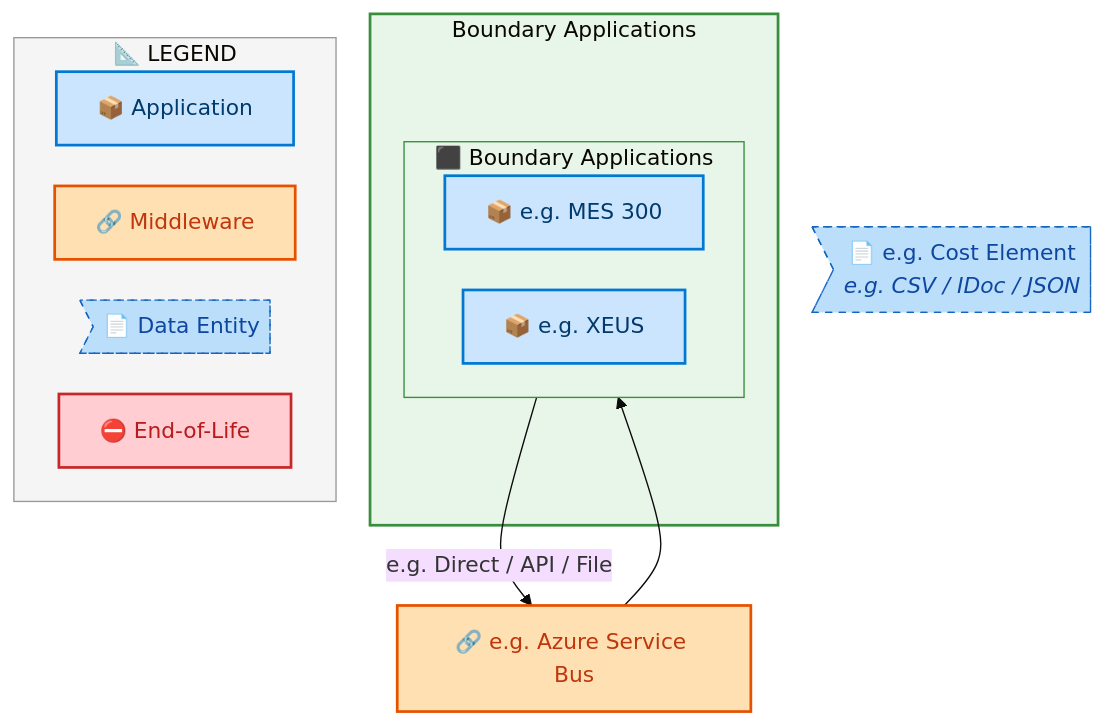
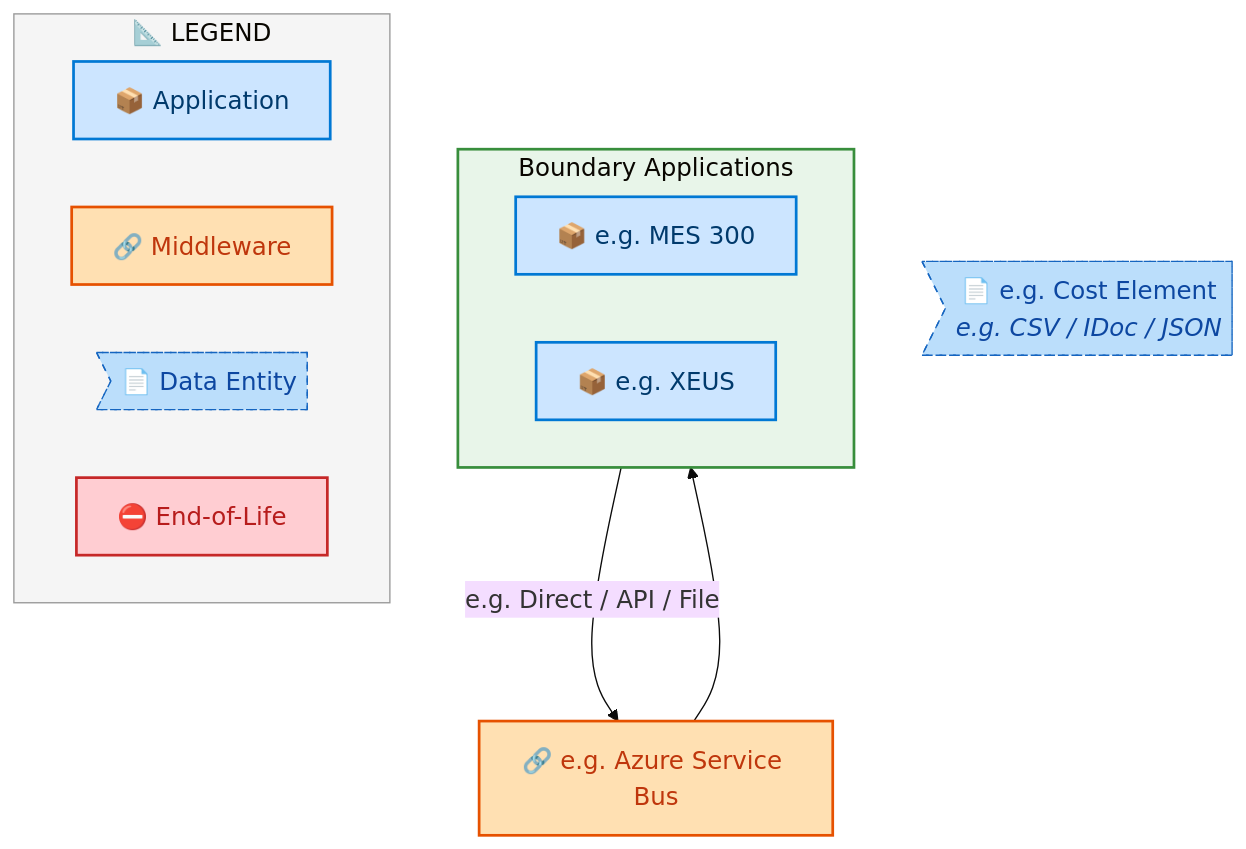
Before and after one commit to sajivfrancis777/IAO-Architecture: the fourth of 7 diagrams in towers/E2E/Procure to Pay/E2E-41/output/docs/systems-architecture/E2E-41-Architecture.md, drawn with Mermaid. The commit also changed other lines of this file and 251 other files, not shown here.

````diff
--- a/towers/E2E/Procure to Pay/E2E-41/output/docs/systems-architecture/E2E-41-Architecture.md
+++ b/towers/E2E/Procure to Pay/E2E-41/output/docs/systems-architecture/E2E-41-Architecture.md
@@ -462,40 +462,37 @@
 ```mermaid
-%%{init: {"theme": "base", "securityLevel": "loose", "themeVariables": {"fontSize": "16px", "fontFamily": "Segoe UI, Arial, sans-serif"}, "flowchart": {"useMaxWidth": false, "htmlLabels": true, "nodeSpacing": 30, "rankSpacing": 35}} }%%
+%%{init: {"theme": "base", "securityLevel": "loose", "themeVariables": {"fontSize": "18px", "fontFamily": "Segoe UI, Arial, sans-serif"}, "flowchart": {"useMaxWidth": false, "htmlLabels": true, "nodeSpacing": 50, "rankSpacing": 60}} }%%
 flowchart TB
     %% -- ArchiMate 3.2 + Azure style classes --
     classDef business      fill:#FFFFB3,stroke:#F9A825,stroke-width:2px,color:#000
     classDef app           fill:#CCE5FF,stroke:#0078D4,stroke-width:2px,color:#003A6C
     classDef data          fill:#BBDEFB,stroke:#1565C0,stroke-width:1px,color:#0D47A1,stroke-dasharray: 5 5
     classDef middleware    fill:#FFE0B2,stroke:#E65100,stroke-width:2px,color:#BF360C
     classDef eol           fill:#FFCDD2,stroke:#C62828,stroke-width:2px,color:#B71C1C
     classDef saas          fill:#E1BEE7,stroke:#7B1FA2,stroke-width:2px,color:#4A148C
     classDef cloud         fill:#BBDEFB,stroke:#1565C0,stroke-width:2px,color:#0D47A1
     classDef onprem        fill:#C8E6C9,stroke:#2E7D32,stroke-width:2px,color:#1B5E20
 
-    subgraph E2E41CT_Boundary_Applications["Boundary Applications"]
-        subgraph E2E41CLN_Boundary_Applications[" ⬛ Boundary Applications"]
-            direction LR
-            E2E41C_e_g_MES_300["📦 e.g. MES 300"]:::app
-            E2E41C_e_g_XEUS["📦 e.g. XEUS"]:::app
-        end
+    subgraph E2E41CLN_Boundary_Applications[" Boundary Applications"]
+        direction LR
+        E2E41C_e_g_MES_300["📦 e.g. MES 300"]:::app
+        E2E41C_e_g_XEUS["📦 e.g. XEUS"]:::app
     end
 
     E2E41CMW_e_g_Azure_Service_Bus["🔗 e.g. Azure Service Bus"]:::middleware
     E2E41CDE_e_g_Cost_Element>"📄 e.g. Cost Element<br/><i>e.g. CSV / IDoc / JSON</i>"]:::data
 
     E2E41C_e_g_MES_300 -->|"e.g. Direct / API / File"| E2E41CMW_e_g_Azure_Service_Bus
     E2E41CMW_e_g_Azure_Service_Bus --> E2E41C_e_g_XEUS
 
 
-    style E2E41CT_Boundary_Applications fill:#E8F5E9,stroke:#388E3C,stroke-width:2px
-    style E2E41CLN_Boundary_Applications fill:#E8F5E9,stroke:#388E3C,stroke-width:1px
+    style E2E41CLN_Boundary_Applications fill:#E8F5E9,stroke:#388E3C,stroke-width:2px
 
     subgraph Legend["📐 LEGEND"]
         direction LR
         L_APP["📦 Application"]:::app
         L_MW["🔗 Middleware"]:::middleware
         L_DE>"📄 Data Entity"]:::data
         L_EOL["⛔ End-of-Life"]:::eol
     end
     style Legend fill:#F5F5F5,stroke:#999,stroke-width:1px
 ```
````
